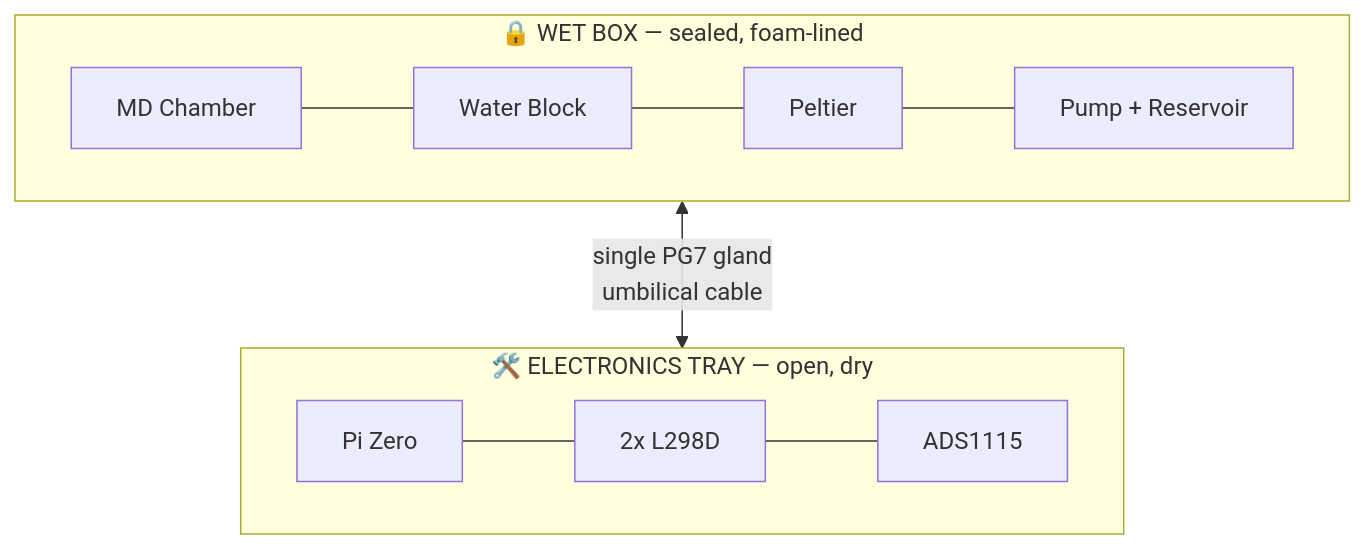
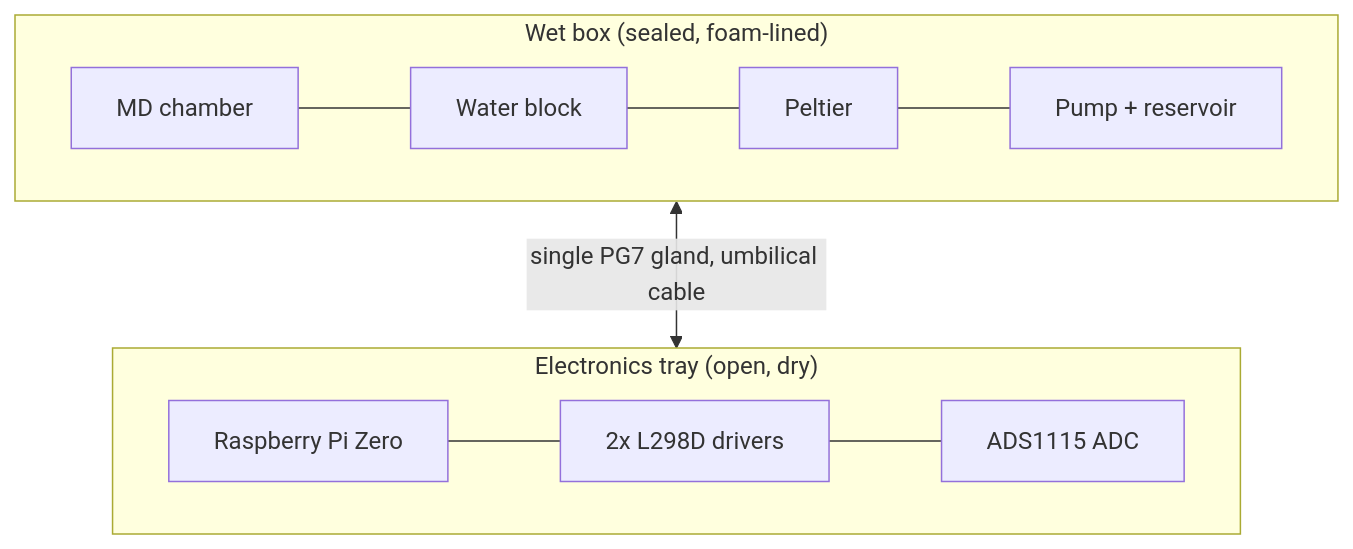
One commit to DharmiSapariya/NeuraVapor changed the diagram in README.md. Above: the diagram before and after it, drawn with Mermaid. The commit also changed other lines of this file and 2 other files, not shown here.

Commit message:
Redesign README with animated diagrams

````diff
--- a/README.md
+++ b/README.md
@@ -136,12 +61,12 @@
 ```mermaid
 flowchart TB
-    subgraph WET["🔒 WET BOX — sealed, foam-lined"]
+    subgraph WET["Wet box (sealed, foam-lined)"]
         direction LR
-        MD2["MD Chamber"] --- WB2["Water Block"] --- PT2["Peltier"] --- PMP["Pump + Reservoir"]
+        MD2["MD chamber"] --- WB2["Water block"] --- PT2["Peltier"] --- PMP["Pump + reservoir"]
     end
-    subgraph TRAY["🛠️ ELECTRONICS TRAY — open, dry"]
+    subgraph TRAY["Electronics tray (open, dry)"]
         direction LR
-        PI["Pi Zero"] --- L298["2x L298D"] --- ADS["ADS1115"]
+        PI["Raspberry Pi Zero"] --- L298["2x L298D drivers"] --- ADS["ADS1115 ADC"]
     end
-    WET <-->|"single PG7 gland\numbilical cable"| TRAY
+    WET <-->|"single PG7 gland, umbilical cable"| TRAY
 ```
````
